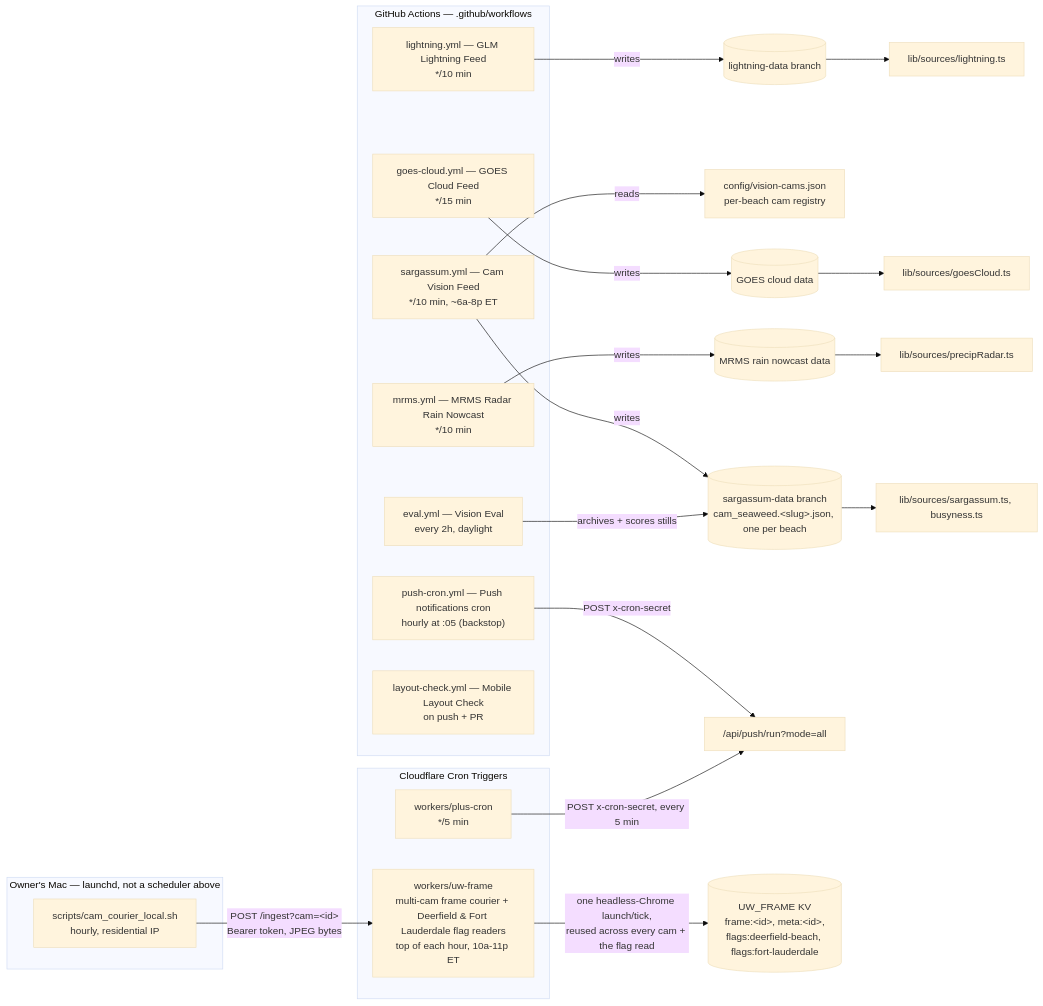
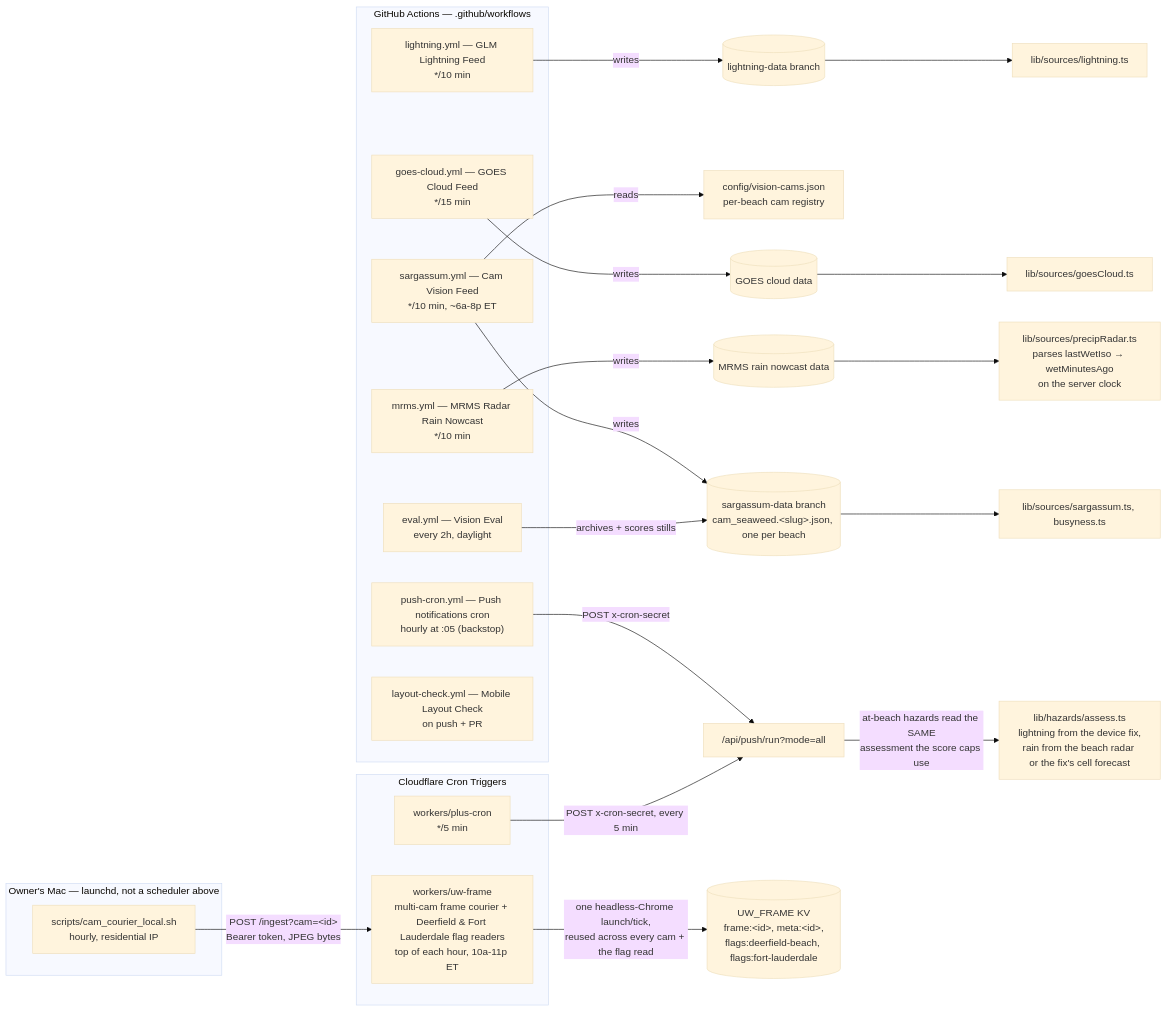
The second of 3 diagrams in docs/architecture.md (jayfrid-bot/bocabeach), drawn with Mermaid (base theme) before and after one commit. The commit also changed other lines of this file and 20 other files, not shown here.

First line of the commit message:
One hazard truth with holds: score caps and alerts read the same rain/lightning call

````diff
--- a/docs/architecture.md
+++ b/docs/architecture.md
@@ -68,39 +69,40 @@
 ```mermaid
 flowchart LR
   subgraph gh [GitHub Actions — .github/workflows]
     LGT["lightning.yml — GLM Lightning Feed<br/>*/10 min"]
     GOES["goes-cloud.yml — GOES Cloud Feed<br/>*/15 min"]
     MRMS["mrms.yml — MRMS Radar Rain Nowcast<br/>*/10 min"]
     SARG["sargassum.yml — Cam Vision Feed<br/>*/10 min, ~6a-8p ET"]
     EVAL["eval.yml — Vision Eval<br/>every 2h, daylight"]
     PUSHCRON["push-cron.yml — Push notifications cron<br/>hourly at :05 (backstop)"]
     LAYOUT["layout-check.yml — Mobile Layout Check<br/>on push + PR"]
   end
 
   subgraph cf [Cloudflare Cron Triggers]
     PLUSCRON["workers/plus-cron<br/>*/5 min"]
     UWFRAME["workers/uw-frame<br/>multi-cam frame courier + Deerfield & Fort Lauderdale flag readers<br/>top of each hour, 10a-11p ET"]
   end
 
   subgraph mac [Owner's Mac — launchd, not a scheduler above]
     CAMCOURIER["scripts/cam_courier_local.sh<br/>hourly, residential IP"]
   end
 
   CAMCOURIER -->|"POST /ingest?cam=&lt;id&gt;<br/>Bearer token, JPEG bytes"| UWFRAME
 
   LGT -->|writes| LDATA[(lightning-data branch)]
   SARG -->|reads| VCAMS[config/vision-cams.json<br/>per-beach cam registry]
   SARG -->|writes| SDATA[(sargassum-data branch<br/>cam_seaweed.&lt;slug&gt;.json, one per beach)]
   GOES -->|writes| GDATA[(GOES cloud data)]
   MRMS -->|writes| MDATA[(MRMS rain nowcast data)]
   EVAL -->|archives + scores stills| SDATA
 
   LDATA --> SOURCES2[lib/sources/lightning.ts]
   SDATA --> SOURCES3[lib/sources/sargassum.ts, busyness.ts]
   GDATA --> SOURCES4[lib/sources/goesCloud.ts]
-  MDATA --> SOURCES5[lib/sources/precipRadar.ts]
+  MDATA --> SOURCES5[lib/sources/precipRadar.ts<br/>parses lastWetIso → wetMinutesAgo<br/>on the server clock]
 
   PUSHCRON -->|POST x-cron-secret| RUN["/api/push/run?mode=all"]
+  RUN -->|"at-beach hazards read the SAME<br/>assessment the score caps use"| HAZ2[lib/hazards/assess.ts<br/>lightning from the device fix,<br/>rain from the beach radar or the fix's cell forecast]
   PLUSCRON -->|POST x-cron-secret, every 5 min| RUN
   UWFRAME -->|one headless-Chrome launch/tick,<br/>reused across every cam + the flag read| UWKV[(UW_FRAME KV<br/>frame:&lt;id&gt;, meta:&lt;id&gt;,<br/>flags:deerfield-beach, flags:fort-lauderdale)]
 ```
````
